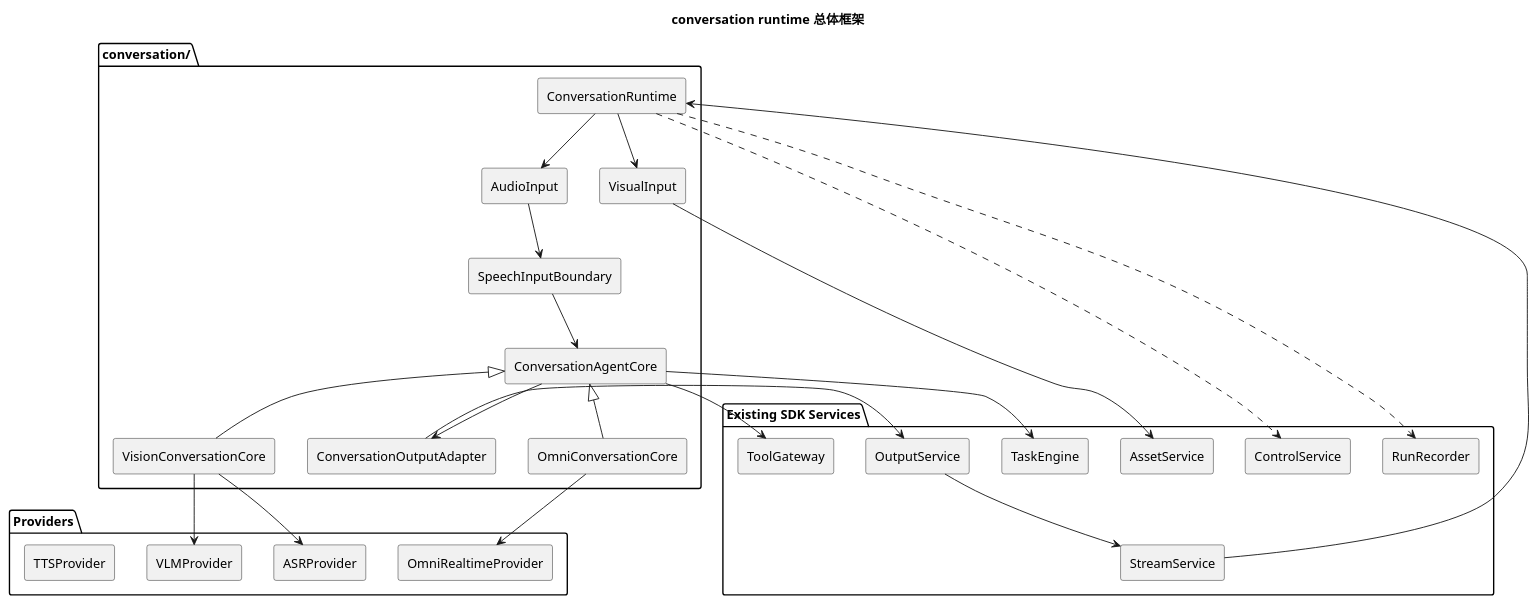
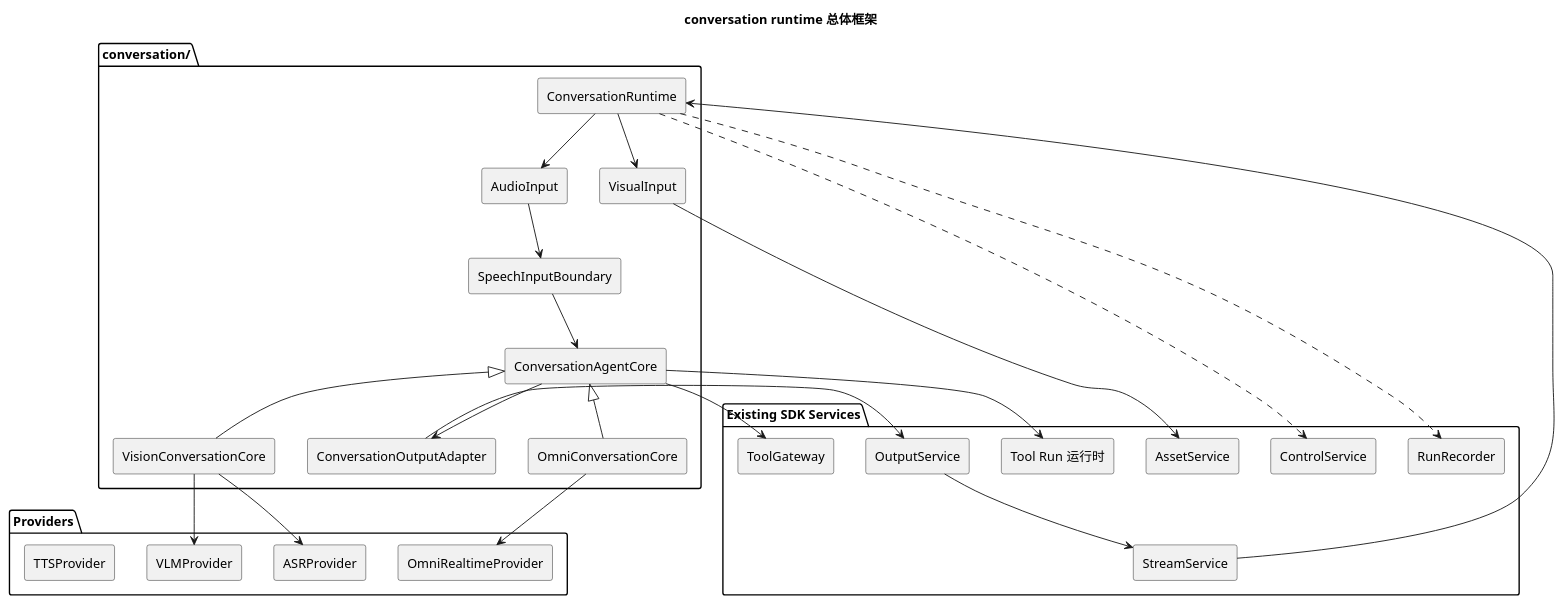
The diagram in agent-server/docs/internal/conversation音视频链路重构实施计划.md (HengeLiu/RealtimeAgent), drawn with PlantUML before and after one commit. The commit also changed other lines of this file and 56 other files, not shown here.

````diff
--- a/agent-server/docs/internal/conversation音视频链路重构实施计划.md
+++ b/agent-server/docs/internal/conversation音视频链路重构实施计划.md
@@ -124,55 +124,55 @@
 ```plantuml
 @startuml
 title conversation runtime 总体框架
 
 skinparam componentStyle rectangle
 
 package "Existing SDK Services" {
   [ControlService]
   [StreamService]
   [AssetService]
   [ToolGateway]
-  [TaskEngine]
+  [Tool Run 运行时]
   [OutputService]
   [RunRecorder]
 }
 
 package "conversation/" {
   [ConversationRuntime]
   [AudioInput]
   [SpeechInputBoundary]
   [VisualInput]
   [ConversationAgentCore]
   [OmniConversationCore]
   [VisionConversationCore]
   [ConversationOutputAdapter]
 }
 
 package "Providers" {
   [OmniRealtimeProvider]
   [ASRProvider]
   [VLMProvider]
   [TTSProvider]
 }
 
 [StreamService] --> [ConversationRuntime]
 [ConversationRuntime] --> [AudioInput]
 [AudioInput] --> [SpeechInputBoundary]
 [ConversationRuntime] --> [VisualInput]
 [VisualInput] --> [AssetService]
 [SpeechInputBoundary] --> [ConversationAgentCore]
 [ConversationAgentCore] <|-- [OmniConversationCore]
 [ConversationAgentCore] <|-- [VisionConversationCore]
 [OmniConversationCore] --> [OmniRealtimeProvider]
 [VisionConversationCore] --> [ASRProvider]
 [VisionConversationCore] --> [VLMProvider]
 [ConversationAgentCore] --> [ToolGateway]
-[ConversationAgentCore] --> [TaskEngine]
+[ConversationAgentCore] --> [Tool Run 运行时]
 [ConversationAgentCore] --> [ConversationOutputAdapter]
 [ConversationOutputAdapter] --> [OutputService]
 [OutputService] --> [StreamService]
 [ConversationRuntime] ..> [RunRecorder]
 [ConversationRuntime] ..> [ControlService]
 
 @enduml
 ```
````
